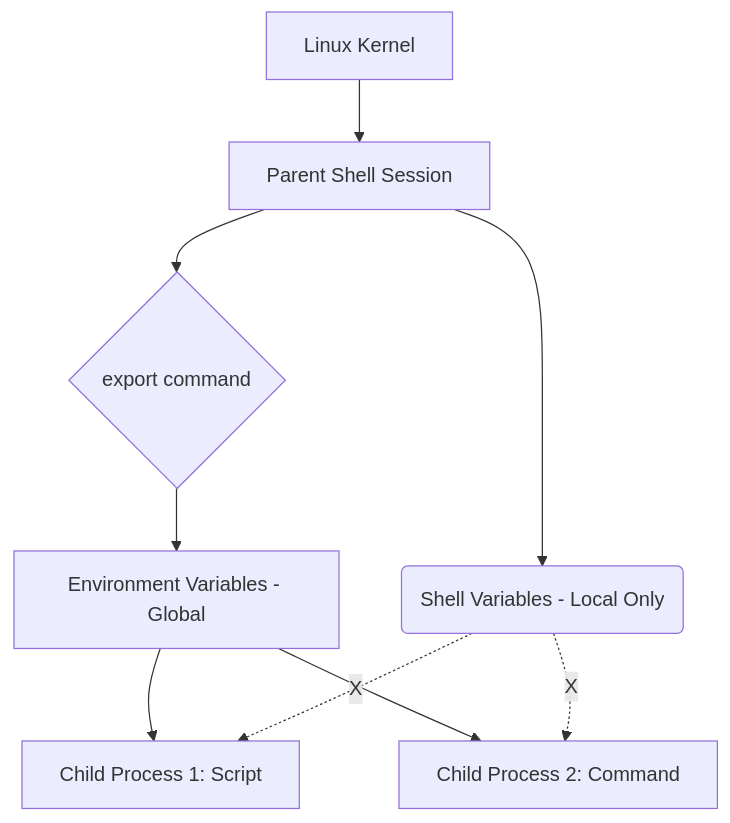
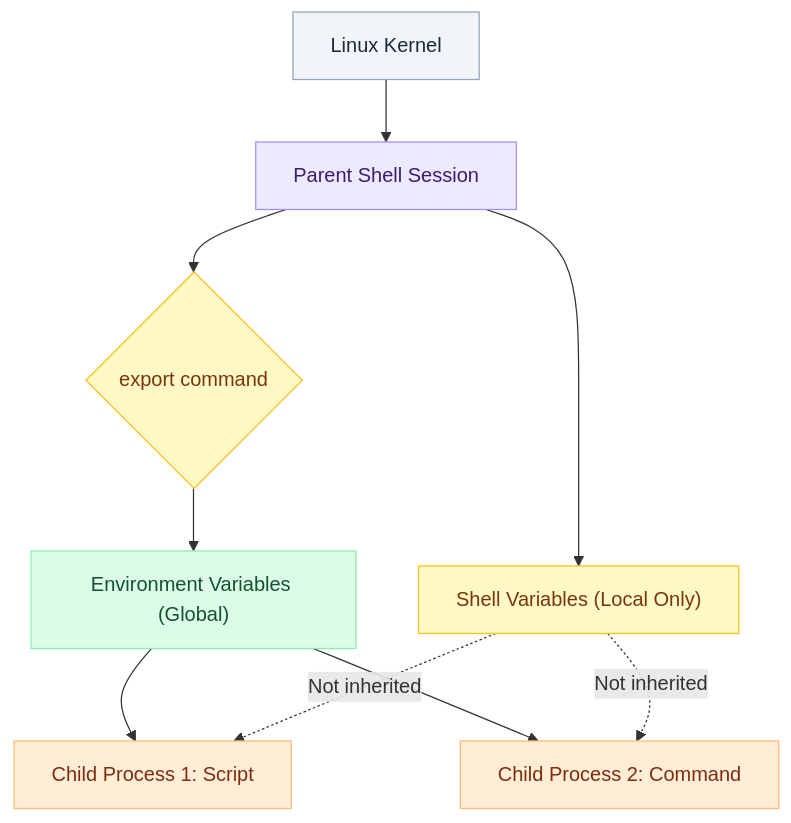
Before and after one commit to devopspilot1/devopspilot1.github.io: the diagram in docs/linux-commands/linux-shell-basics-env/index.md, drawn with Mermaid. The commit also changed other lines of this file and 12 other files, not shown here.

Commit message:
fix(docs): resolve Mermaid syntax errors and remove redundant action buttons under video players

````diff
--- a/docs/linux-commands/linux-shell-basics-env/index.md
+++ b/docs/linux-commands/linux-shell-basics-env/index.md
@@ -42,11 +42,25 @@
 ```mermaid
 graph TD
-    A[Linux Kernel] --> B[Parent Shell Session]
-    B --> C(Shell Variables - Local Only)
-    B --> D{export command}
-    D --> E[Environment Variables - Global]
-    E --> F[Child Process 1: Script]
-    E --> G[Child Process 2: Command]
-    C -.-> |X| F
-    C -.-> |X| G
+    A["Linux Kernel"] --> B["Parent Shell Session"]
+    B --> C["Shell Variables (Local Only)"]
+    B --> D{"export command"}
+    D --> E["Environment Variables (Global)"]
+    E --> F["Child Process 1: Script"]
+    E --> G["Child Process 2: Command"]
+    C -. "Not inherited" .-> F
+    C -. "Not inherited" .-> G
+
+    classDef client   fill:#dbeafe,stroke:#93c5fd,color:#1e3a5f
+    classDef gateway  fill:#ede9fe,stroke:#a78bfa,color:#3b1f6e
+    classDef route    fill:#fef9c3,stroke:#fbbf24,color:#78350f
+    classDef service  fill:#dcfce7,stroke:#86efac,color:#14532d
+    classDef pods     fill:#ffedd5,stroke:#fdba74,color:#7c2d12
+    classDef storage  fill:#fce7f3,stroke:#f9a8d4,color:#831843
+    classDef external fill:#f1f5f9,stroke:#94a3b8,color:#1e293b
+
+    class A external
+    class B gateway
+    class C,D route
+    class E service
+    class F,G pods
 ```
````
